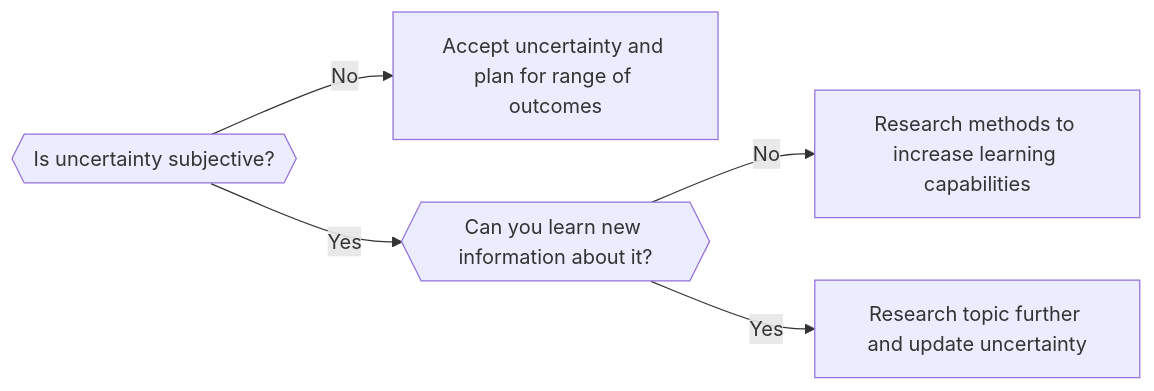
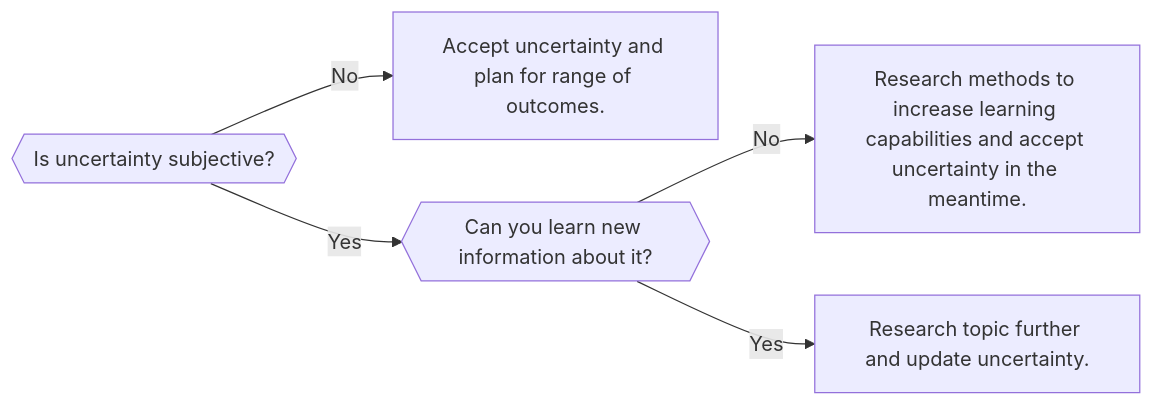
Before and after one commit to sebastian-mutz/mutz-web: the first of 2 diagrams in blog/posts/2025-09-26/index.qmd, drawn with Mermaid. The commit also changed other lines of this file, not shown here.

````diff
--- a/blog/posts/2025-09-26/index.qmd
+++ b/blog/posts/2025-09-26/index.qmd
@@ -43,7 +56,7 @@
 ```{mermaid}
 flowchart LR
-  A{{Is uncertainty subjective?}} -->| No | B[Accept uncertainty and plan for range of outcomes]
+  A{{Is uncertainty subjective?}} -->| No | B[Accept uncertainty and plan for range of outcomes.]
   A -->| Yes | C{{Can you learn new information about it?}}
-  C -->| No  | E[Research methods to increase learning capabilities]
-  C -->| Yes | D[Research topic further and update uncertainty]
+  C -->| No  | E[Research methods to increase learning capabilities and accept uncertainty in the meantime.]
+  C -->| Yes | D[Research topic further and update uncertainty.]
 ```
````
